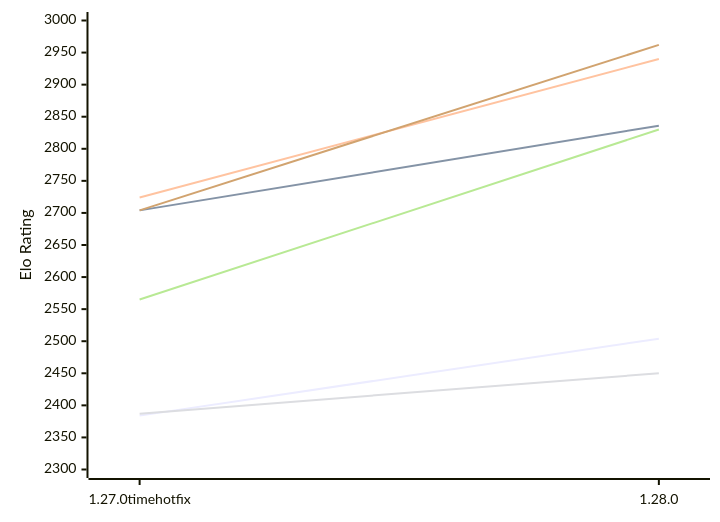
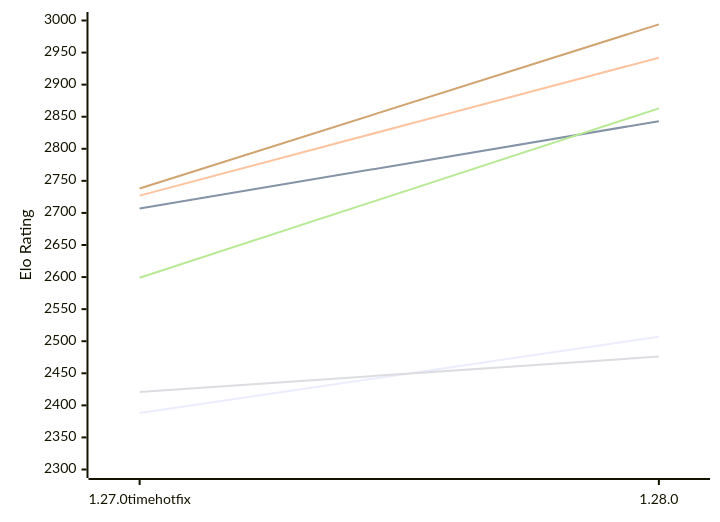
One commit to computer-chess-index/cci changed the first of 2 diagrams in engines/Aurora.md. Above: the diagram before and after it, drawn with Mermaid. The commit also changed other lines of this file, not shown here.

Commit message:
Update CCI Ratings (ELO VLTC) - 2026-11-01

````diff
--- a/engines/Aurora.md
+++ b/engines/Aurora.md
@@ -50,12 +50,12 @@
 ```mermaid
 %%{init: {"theme":"base","themeVariables":{"seriesColors:['#a3a3a3','#222221','#faa371']}}}%%
 xychart-beta
   x-axis ["1.27.0timehotfix", "1.28.0"]
   y-axis "Elo Rating" 2300 --> 3000
-  line "E1: STC (8.0+0.08s)" [2384, 2504]
-  line "E1: LTC (60.0+0.60s)" [2704, 2836]
-  line "E1: VLTC (2m24s+1.12s)" [2724, 2940]
-  line "P1: STC (8.0+0.08s)" [2387, 2450]
-  line "P1: LTC (60.0+0.60s)" [2565, 2830]
-  line "P1: VLTC (2m24s+1.12s)" [2704, 2962]
+  line "E1: STC (8.0+0.08s)" [2388, 2507]
+  line "E1: LTC (60.0+0.60s)" [2707, 2843]
+  line "E1: VLTC (2m24s+1.12s)" [2727, 2942]
+  line "P1: STC (8.0+0.08s)" [2421, 2476]
+  line "P1: LTC (60.0+0.60s)" [2599, 2863]
+  line "P1: VLTC (2m24s+1.12s)" [2738, 2994]
 ```
````
